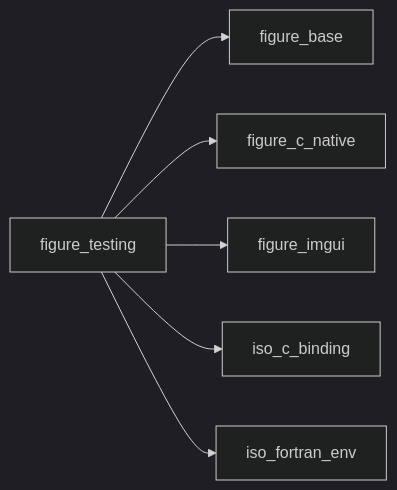
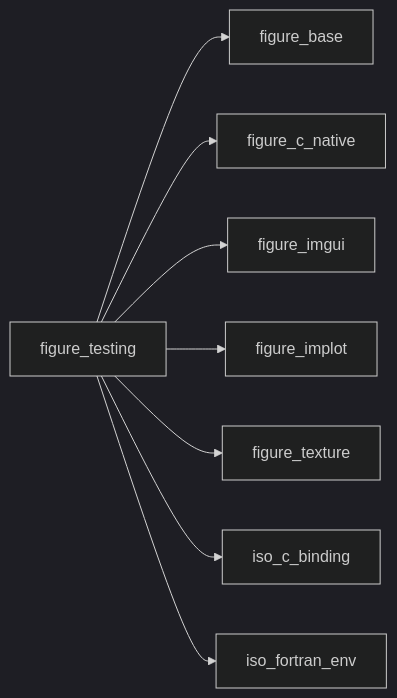
The first of 57 diagrams in docs/api/src/lib/figure_testing.md (szaghi/figure), drawn with Mermaid (dark theme) before and after one commit. The commit also changed other lines of this file and 54 other files, not shown here.

````diff
--- a/docs/api/src/lib/figure_testing.md
+++ b/docs/api/src/lib/figure_testing.md
@@ -31,8 +32,15 @@
 ```mermaid
 graph LR
   figure_testing["figure_testing"] --> figure_base["figure_base"]
   figure_testing["figure_testing"] --> figure_c_native["figure_c_native"]
   figure_testing["figure_testing"] --> figure_imgui["figure_imgui"]
+  figure_testing["figure_testing"] --> figure_implot["figure_implot"]
+  figure_testing["figure_testing"] --> figure_texture["figure_texture"]
   figure_testing["figure_testing"] --> iso_c_binding["iso_c_binding"]
   figure_testing["figure_testing"] --> iso_fortran_env["iso_fortran_env"]
+  click figure_base href "figure_base.html" "figure_base"
+  click figure_c_native href "figure_c_native.html" "figure_c_native"
+  click figure_imgui href "figure_imgui.html" "figure_imgui"
+  click figure_implot href "figure_implot.html" "figure_implot"
+  click figure_texture href "figure_texture.html" "figure_texture"
 ```
````
